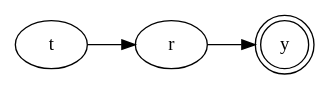
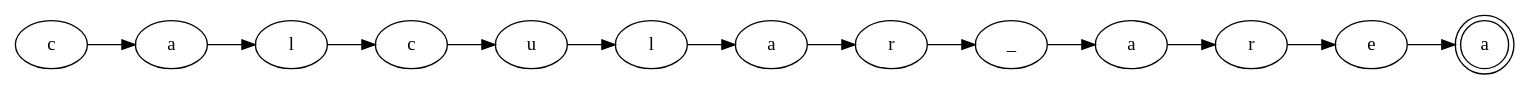
The diagram in src/main/java/archivos/grafo.dot (dxRony/LenguajesF), drawn with Graphviz before and after one commit. The commit also changed 87 other files, not shown here.

```diff
--- a/src/main/java/archivos/grafo.dot
+++ b/src/main/java/archivos/grafo.dot
@@ -1,8 +1,28 @@
 digraph{
 rankdir=LR
- node0 [label="t", shape=ellipse];
- node1 [label="r", shape=ellipse];
+ node0 [label="c", shape=ellipse];
+ node1 [label="a", shape=ellipse];
   node0 -> node1;
- node2 [label="y", shape=doublecircle];
+ node2 [label="l", shape=ellipse];
   node1 -> node2;
+ node3 [label="c", shape=ellipse];
+  node2 -> node3;
+ node4 [label="u", shape=ellipse];
+  node3 -> node4;
+ node5 [label="l", shape=ellipse];
+  node4 -> node5;
+ node6 [label="a", shape=ellipse];
+  node5 -> node6;
+ node7 [label="r", shape=ellipse];
+  node6 -> node7;
+ node8 [label="_", shape=ellipse];
+  node7 -> node8;
+ node9 [label="a", shape=ellipse];
+  node8 -> node9;
+ node10 [label="r", shape=ellipse];
+  node9 -> node10;
+ node11 [label="e", shape=ellipse];
+  node10 -> node11;
+ node12 [label="a", shape=doublecircle];
+  node11 -> node12;
 }
```
